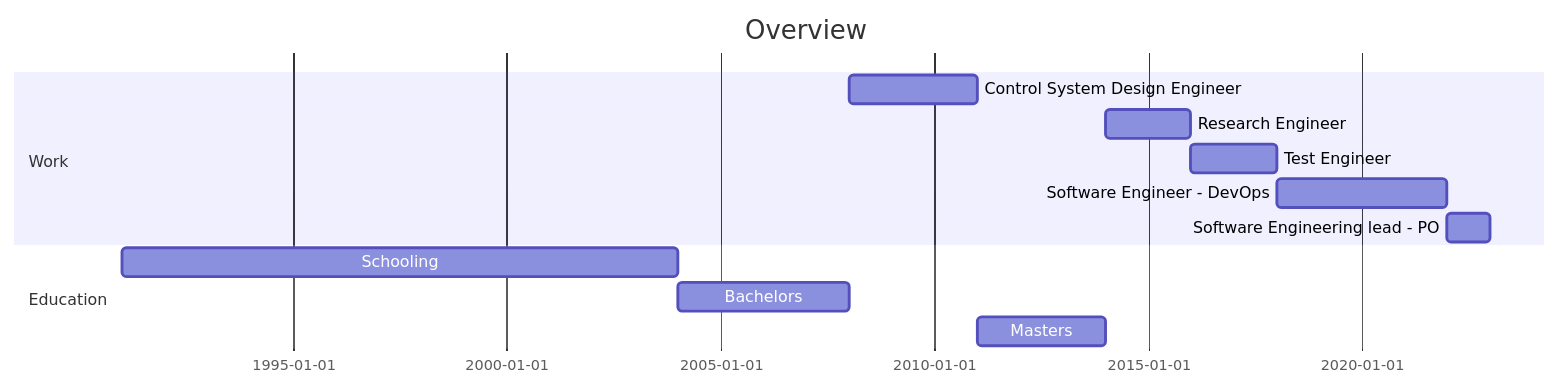
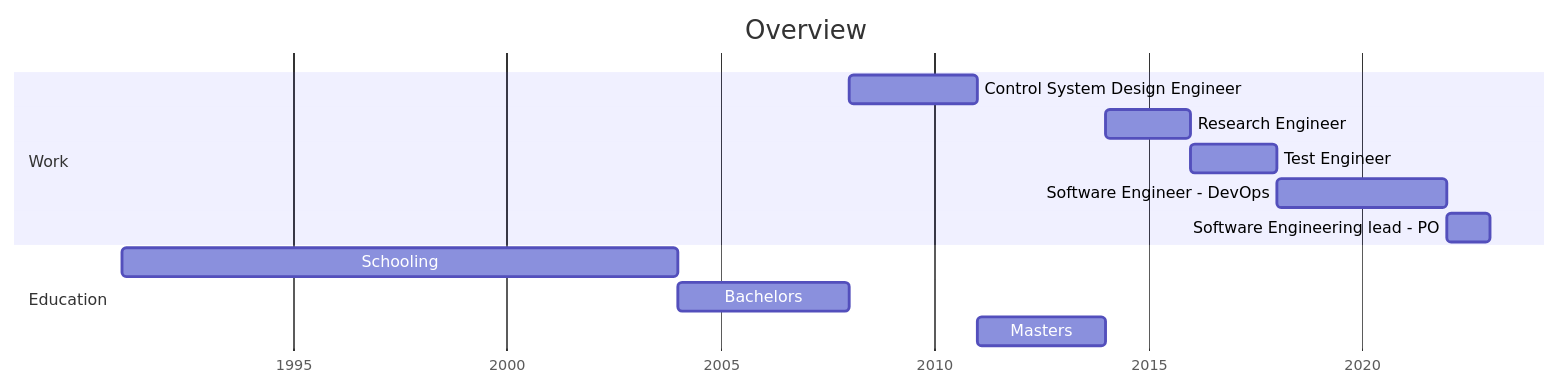
Before and after one commit to kar-ven/kar-ven.github.io: the diagram in README.md, drawn with Mermaid.

Commit message:
gantt tick interval and axis

```diff
--- a/README.md
+++ b/README.md
@@ -5,15 +5,17 @@
 <pre class="mermaid">
 gantt
     title Overview
     dateFormat YYYY
+    axisFormat %Y
+    tickInterval 5Y
     section Work
     Control System Design Engineer :2008, 2011
     Research Engineer              :2014, 2016
     Test Engineer                  :2016, 2018
     Software Engineer - DevOps     :2018, 2022
     Software Engineering lead - PO :2022, 2023
     Section Education
     Schooling                      :1991, 2004
     Bachelors                      :2004, 2008
     Masters                        :2011, 2014
 </pre>
```
